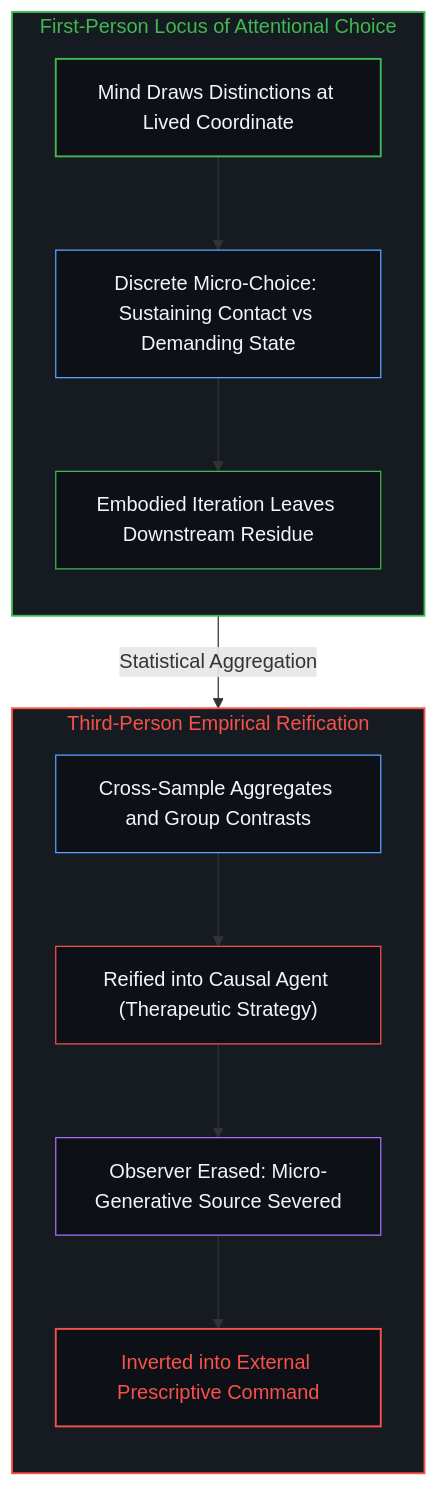
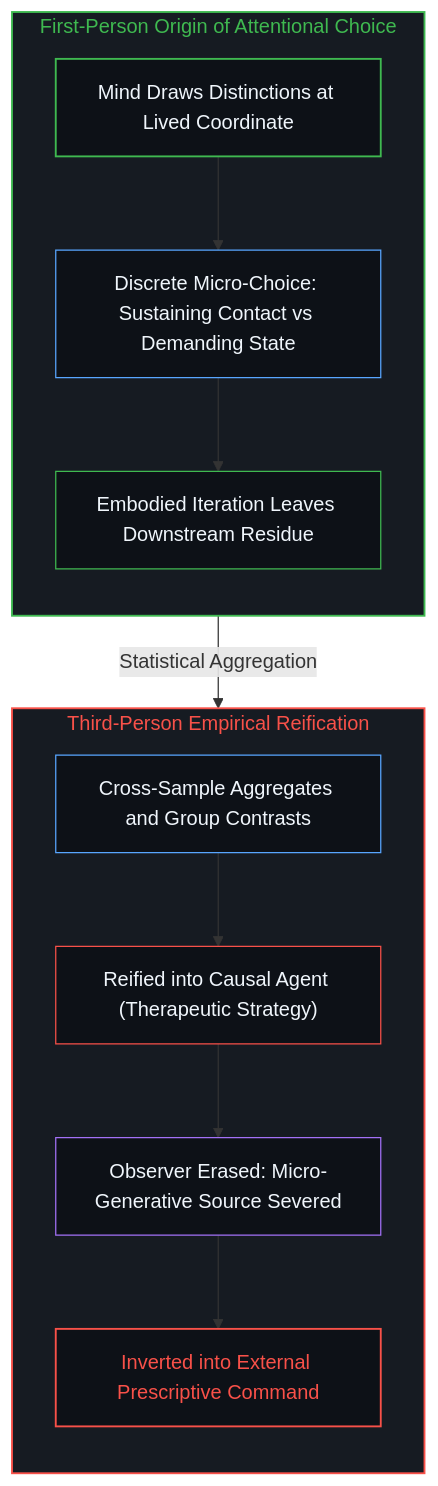
One commit to powerpig99/not-a-toe changed the sixth of 6 diagrams in content/posts/present-contact-and-the-obscuration-of-desired-feeling.md. Above: the diagram before and after it, drawn with Mermaid. The commit also changed other lines of this file and 2 other files, not shown here.

````diff
--- a/content/posts/present-contact-and-the-obscuration-of-desired-feeling.md
+++ b/content/posts/present-contact-and-the-obscuration-of-desired-feeling.md
@@ -175,27 +160,24 @@
 ```mermaid
 graph TD
-    subgraph S_MicroAgency_EN ["First-Person Locus of Attentional Choice"]
+    subgraph S_MicroAgency_EN ["First-Person Origin of Attentional Choice"]
         direction TB
         ME_Locus["Mind Draws Distinctions at Lived Coordinate"] --> ME_Choice["Discrete Micro-Choice: Sustaining Contact vs Demanding State"]
         ME_Choice --> ME_Action["Embodied Iteration Leaves Downstream Residue"]
     end
-
     subgraph S_AggregateIllusion_EN ["Third-Person Empirical Reification"]
         direction TB
         AE_Data["Cross-Sample Aggregates and Group Contrasts"] --> AE_Reify["Reified into Causal Agent (Therapeutic Strategy)"]
         AE_Reify --> AE_Erase["Observer Erased: Micro-Generative Source Severed"]
         AE_Erase --> AE_Dictate["Inverted into External Prescriptive Command"]
     end
-
     ME_Action -->|"Statistical Aggregation"| AE_Data
-
     style S_MicroAgency_EN fill:#161b22,stroke:#3fb950,stroke-width:1.5px,color:#3fb950
     style S_AggregateIllusion_EN fill:#161b22,stroke:#f85149,stroke-width:1.5px,color:#f85149
     style ME_Locus fill:#0d1117,stroke:#3fb950,stroke-width:1.5px,color:#f0f6fc
     style ME_Choice fill:#0d1117,stroke:#58a6ff,stroke-width:1px,color:#f0f6fc
     style ME_Action fill:#0d1117,stroke:#3fb950,stroke-width:1px,color:#f0f6fc
     style AE_Data fill:#0d1117,stroke:#58a6ff,stroke-width:1px,color:#f0f6fc
     style AE_Reify fill:#0d1117,stroke:#f85149,stroke-width:1px,color:#f0f6fc
     style AE_Erase fill:#0d1117,stroke:#a371f7,stroke-width:1px,color:#f0f6fc
     style AE_Dictate fill:#0d1117,stroke:#f85149,stroke-width:1.5px,color:#f85149
 ```
````
